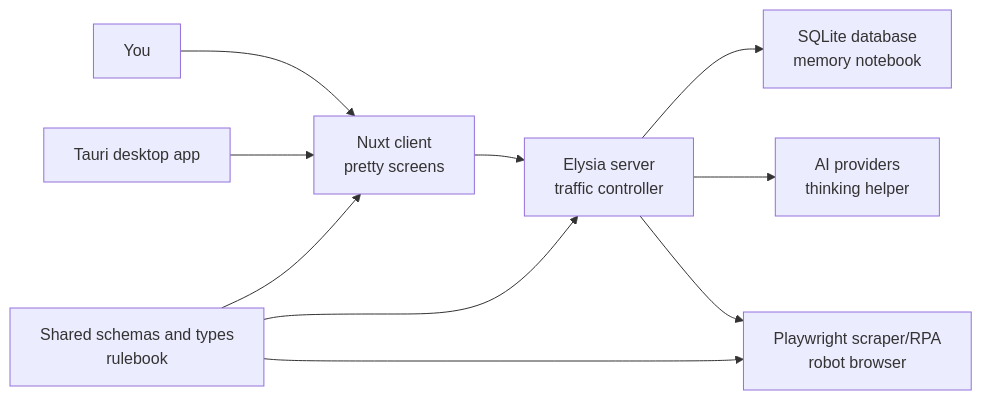
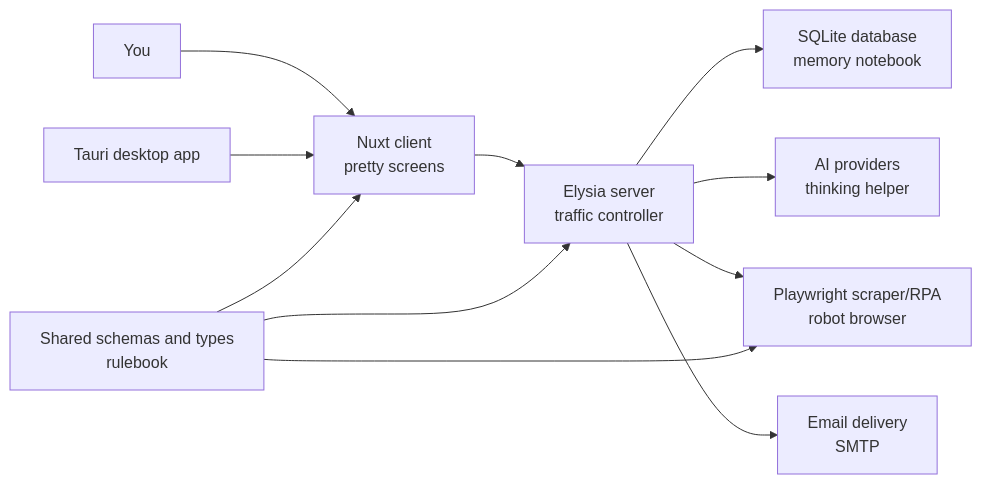
Before and after one commit to d4551/baobuildbuddy: the first of 9 diagrams in docs/ELI5_SYSTEM_WALKTHROUGH.md, drawn with Mermaid. The commit also changed other lines of this file and 2 other files, not shown here.

First line of the commit message:
Add system diagrams and update automation docs

````diff
--- a/docs/ELI5_SYSTEM_WALKTHROUGH.md
+++ b/docs/ELI5_SYSTEM_WALKTHROUGH.md
@@ -24,12 +24,13 @@
 ```mermaid
 flowchart LR
   Person["You"] --> Client["Nuxt client<br/>pretty screens"]
   Client --> Server["Elysia server<br/>traffic controller"]
   Server --> Database["SQLite database<br/>memory notebook"]
   Server --> AI["AI providers<br/>thinking helper"]
   Server --> Scraper["Playwright scraper/RPA<br/>robot browser"]
+  Server --> Email["Email delivery<br/>SMTP"]
   Desktop["Tauri desktop app"] --> Client
   Shared["Shared schemas and types<br/>rulebook"] --> Client
   Shared --> Server
   Shared --> Scraper
 ```
````
